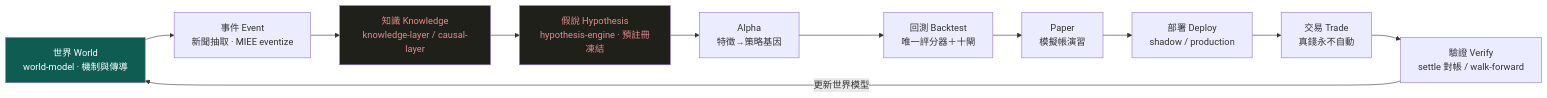
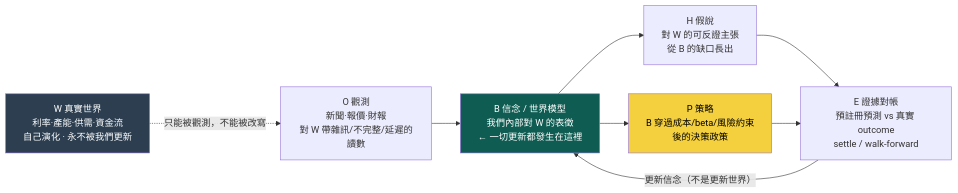
The first of 2 diagrams in research-loop.md (Baboonbrother/alpha-evolution-wiki), drawn with Mermaid before and after one commit. The commit also changed other lines of this file and 30 other files, not shown here.

````diff
--- a/research-loop.md
+++ b/research-loop.md
@@ -9,19 +11,18 @@
 ```mermaid
 flowchart LR
-    W["世界 World<br/>world-model · 機制與傳導"]
-    E["事件 Event<br/>新聞抽取 · MIEE eventize"]
-    K["知識 Knowledge<br/>knowledge-layer / causal-layer"]
-    H["假說 Hypothesis<br/>hypothesis-engine · 預註冊凍結"]
-    A["Alpha<br/>特徵→策略基因"]
-    BT["回測 Backtest<br/>唯一評分器＋十閘"]
-    PA["Paper<br/>模擬帳演習"]
-    DP["部署 Deploy<br/>shadow / production"]
-    TR["交易 Trade<br/>真錢永不自動"]
-    VF["驗證 Verify<br/>settle 對帳 / walk-forward"]
+    W["W 真實世界<br/>利率·產能·供需·資金流<br/>自己演化 · 永不被我們更新"]
+    O["O 觀測<br/>新聞·報價·財報<br/>對 W 帶雜訊/不完整/延遲的讀數"]
+    B["B 信念 / 世界模型<br/>我們內部對 W 的表徵<br/>← 一切更新都發生在這裡"]
+    H["H 假說<br/>對 W 的可反證主張<br/>從 B 的缺口長出"]
+    E["E 證據對帳<br/>預註冊預測 vs 真實 outcome<br/>settle / walk-forward"]
+    P["P 策略<br/>B 穿過成本/beta/風險約束<br/>後的決策政策"]
 
-    W --> E --> K --> H --> A --> BT --> PA --> DP --> TR --> VF
-    VF -->|"更新世界模型"| W
-    style W fill:#0f5c52,color:#fff
-    style K fill:#20201a,color:#e08a8a
-    style H fill:#20201a,color:#e08a8a
+    W -. "只能被觀測，不能被改寫" .-> O
+    O --> B
+    B --> H --> E
+    E -->|"更新信念（不是更新世界）"| B
+    B --> P --> E
+    style W fill:#2c3e50,color:#fff
+    style B fill:#0f5c52,color:#fff
+    style P fill:#f4d03f,color:#000
 ```
````
